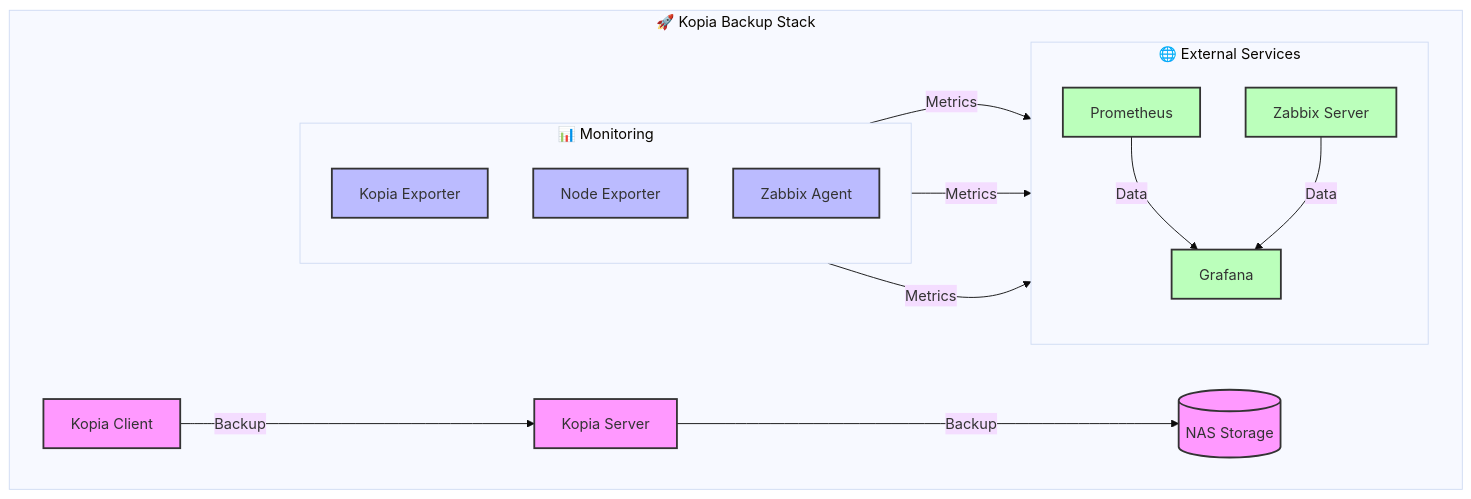
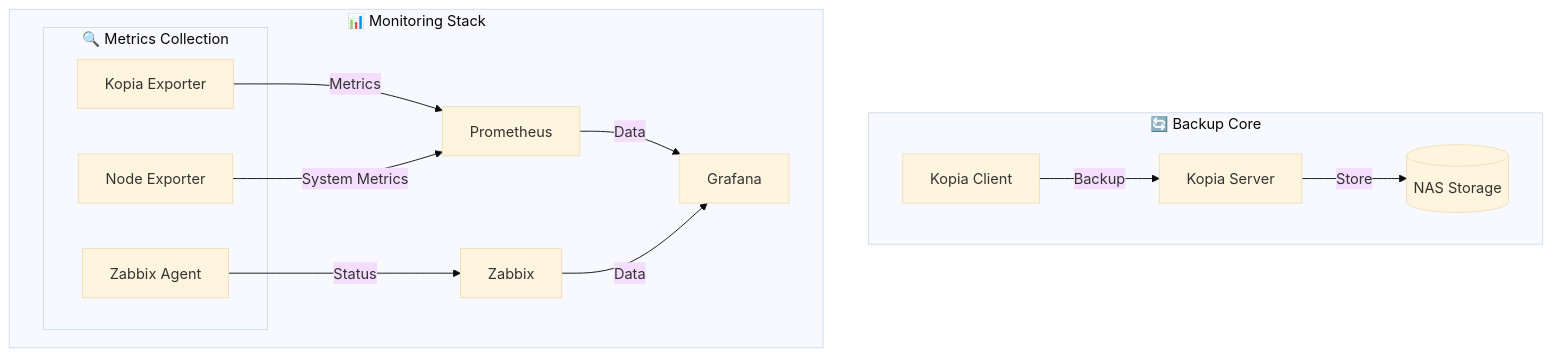
One commit to eblet/kopia-backup-run changed the diagram in README.md. Above: the diagram before and after it, drawn with Mermaid (base theme). The commit also changed other lines of this file and 18 other files, not shown here.

````diff
--- a/README.md
+++ b/README.md
@@ -15,38 +50,28 @@
 ```mermaid
 graph TB
-    subgraph "🚀 Kopia Backup Stack"
+    subgraph "🔄 Backup Core"
         KS[Kopia Server]
         KC[Kopia Client]
         NAS[(NAS Storage)]
+    end
+    
+    subgraph "📊 Monitoring Stack"
+        PE[Prometheus]
+        GF[Grafana]
+        ZB[Zabbix]
         
-        subgraph "📊 Monitoring"
+        subgraph "🔍 Metrics Collection"
             KE[Kopia Exporter]
             NE[Node Exporter]
             ZA[Zabbix Agent]
-            direction TB
-        end
-        
-        subgraph "🌐 External Services"
-            G[Grafana]
-            Z[Zabbix Server]
-            P[Prometheus]
-            direction TB
         end
     end
     
-    KS -->|Backup| NAS
     KC -->|Backup| KS
-    KE -->|Metrics| P
-    NE -->|Metrics| P
-    ZA -->|Metrics| Z
-    P -->|Data| G
-    Z -->|Data| G
-
-    classDef default fill:#f9f,stroke:#333,stroke-width:2px;
-    classDef monitoring fill:#bbf,stroke:#333,stroke-width:2px;
-    classDef external fill:#bfb,stroke:#333,stroke-width:2px;
-    
-    class KS,KC default;
-    class KE,NE,ZA monitoring;
-    class G,Z,P external;
+    KS -->|Store| NAS
+    KE -->|Metrics| PE
+    NE -->|System Metrics| PE
+    ZA -->|Status| ZB
+    PE -->|Data| GF
+    ZB -->|Data| GF
 ```
````
